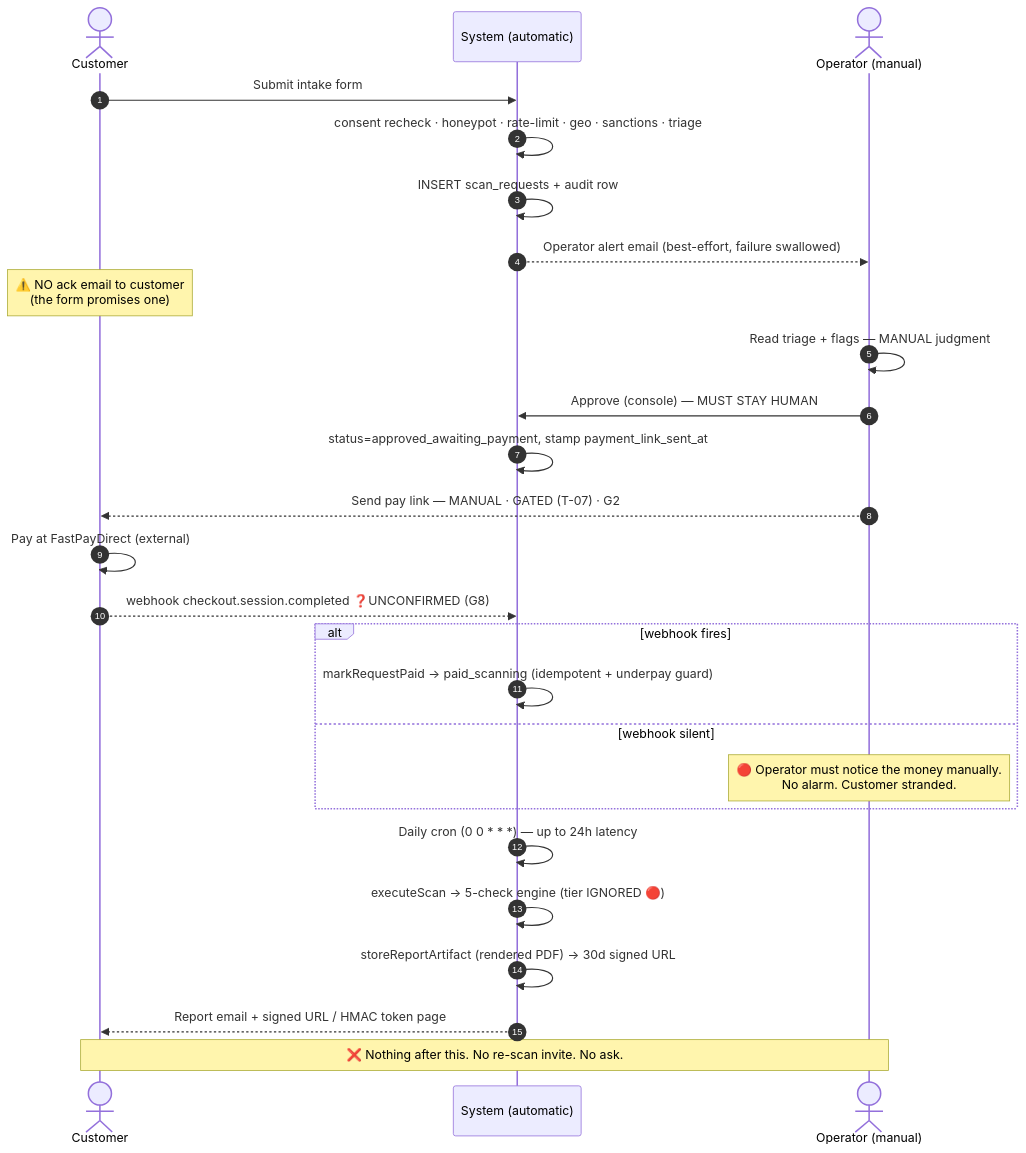
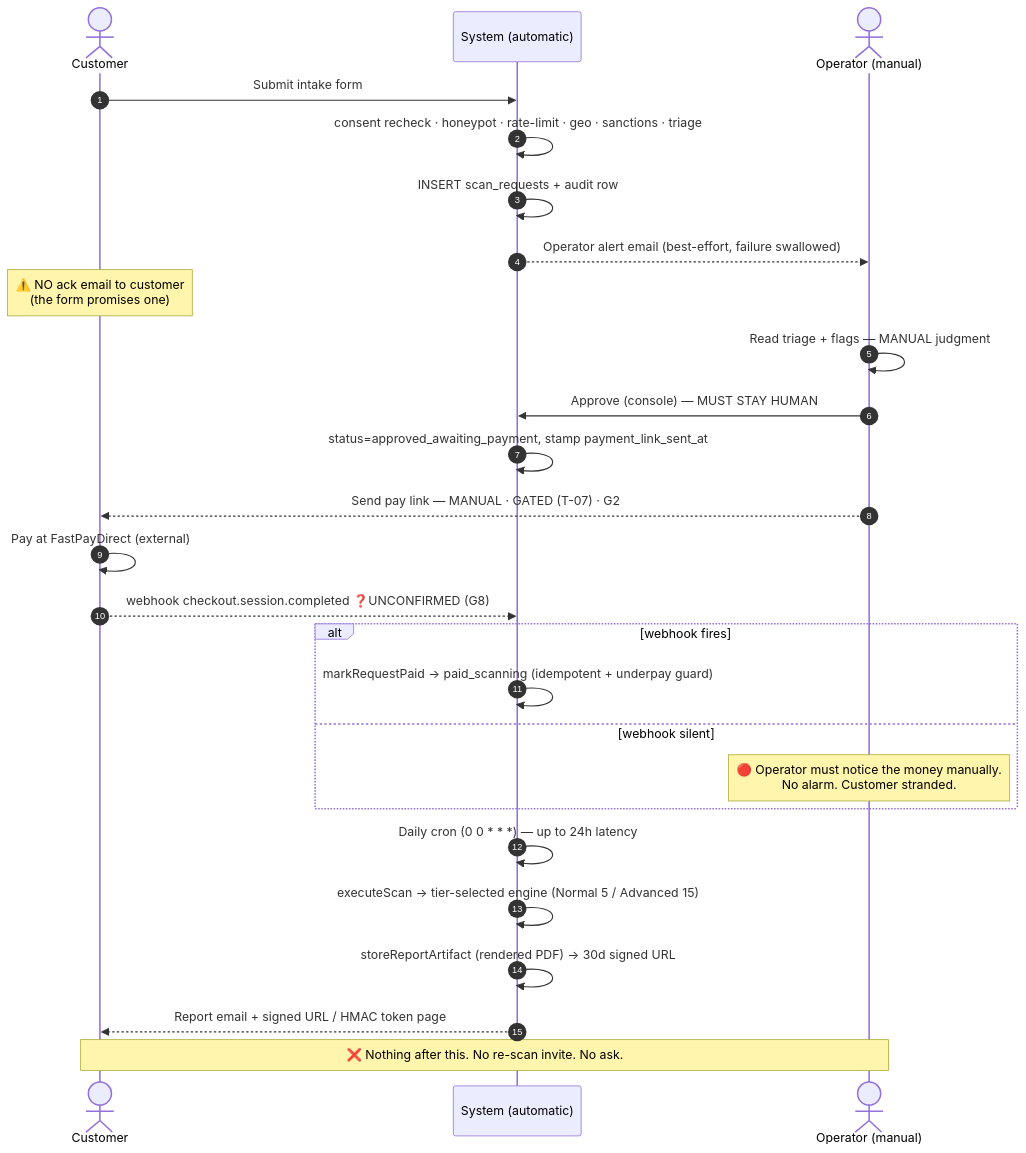
Before and after one commit to sngeetong144-droid/ai-sec-tester: the diagram in docs/BUSINESS-OPS-JOURNEY-MAP.md, drawn with Mermaid. The commit also changed other lines of this file and 25 other files, not shown here.

````diff
--- a/docs/BUSINESS-OPS-JOURNEY-MAP.md
+++ b/docs/BUSINESS-OPS-JOURNEY-MAP.md
@@ -163,29 +165,29 @@
 ```mermaid
 sequenceDiagram
     autonumber
     actor C as Customer
     participant S as System (automatic)
     actor O as Operator (manual)
 
     C->>S: Submit intake form
     S->>S: consent recheck · honeypot · rate-limit · geo · sanctions · triage
     S->>S: INSERT scan_requests + audit row
     S-->>O: Operator alert email (best-effort, failure swallowed)
     Note over C: ⚠️ NO ack email to customer<br/>(the form promises one)
     O->>O: Read triage + flags — MANUAL judgment
     O->>S: Approve (console) — MUST STAY HUMAN
     S->>S: status=approved_awaiting_payment, stamp payment_link_sent_at
     O-->>C: Send pay link — MANUAL · GATED (T-07) · G2
     C->>C: Pay at FastPayDirect (external)
     C-->>S: webhook checkout.session.completed ❓UNCONFIRMED (G8)
     alt webhook fires
         S->>S: markRequestPaid → paid_scanning (idempotent + underpay guard)
     else webhook silent
         Note over O: 🔴 Operator must notice the money manually.<br/>No alarm. Customer stranded.
     end
     S->>S: Daily cron (0 0 * * *) — up to 24h latency
-    S->>S: executeScan → 5-check engine (tier IGNORED 🔴)
+    S->>S: executeScan → tier-selected engine (Normal 5 / Advanced 15)
     S->>S: storeReportArtifact (rendered PDF) → 30d signed URL
     S-->>C: Report email + signed URL / HMAC token page
     Note over C,O: ❌ Nothing after this. No re-scan invite. No ask.
 ```
````
